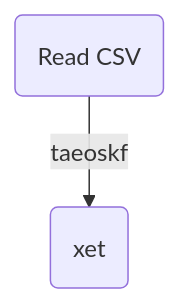
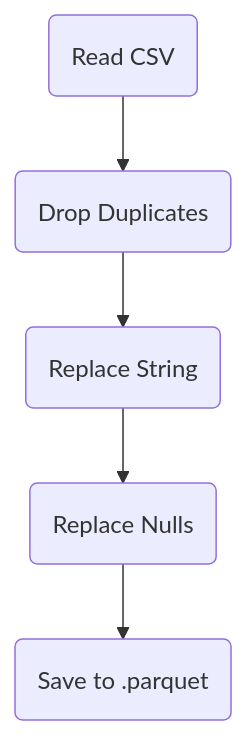
One commit to michabaron98/pandas_vs_pyspark_polars changed the diagram in README.md. Above: the diagram before and after it, drawn with Mermaid. The commit also changed 3 other files, not shown here.

````diff
--- a/README.md
+++ b/README.md
@@ -3,4 +3,7 @@
 ```mermaid
 graph TB
-    Start(Read CSV) -- taeoskf --> next(xet)
+    Start(Read CSV) --> step1(Drop Duplicates)
+    step1(Drop Duplicates) --> step2(Replace String)
+    step2(Replace String) --> step3(Replace Nulls)
+    step3(Replace Nulls) --> step4(Save to .parquet)
 ```
````
